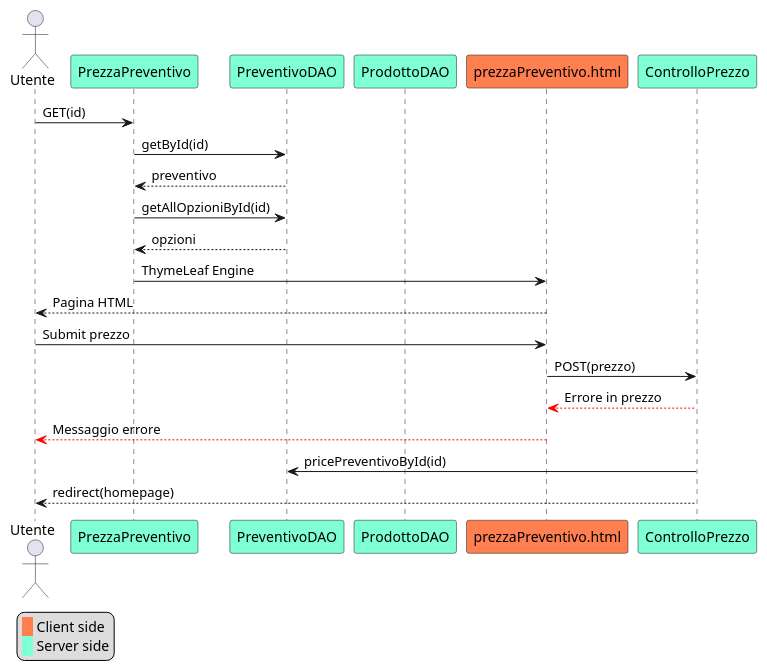
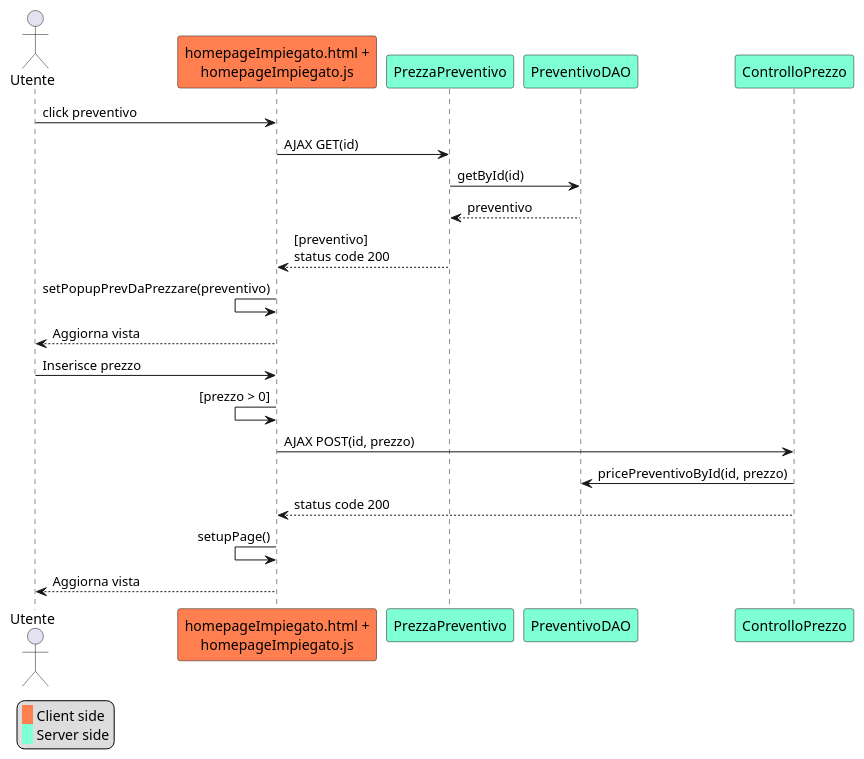
One commit to jonnysciar/TIW_Project changed the diagram in doc/sequence_diagrams/JS/prezzaPreventivoJS.puml. Above: the diagram before and after it, drawn with PlantUML. The commit also changed 8 other files, not shown here.

Commit message:
JS sequence diagram complete

```diff
--- a/doc/sequence_diagrams/JS/prezzaPreventivoJS.puml
+++ b/doc/sequence_diagrams/JS/prezzaPreventivoJS.puml
@@ -1,31 +1,31 @@
 @startuml
 legend left
  <back:#coral>   </back> Client side
  <back:#aquamarine>   </back> Server side
 endlegend
 
 actor Utente as utente
+skinparam ParticipantBackgroundColor coral
+participant "homepageImpiegato.html +\nhomepageImpiegato.js" as homepage
 skinparam ParticipantBackgroundColor aquamarine
 participant PrezzaPreventivo
 participant PreventivoDAO
-participant ProdottoDAO
-skinparam ParticipantBackgroundColor coral
-participant "prezzaPreventivo.html" as homepage
 
-utente -> PrezzaPreventivo: GET(id)
+
+utente -> homepage: click preventivo
 skinparam ParticipantBackgroundColor aquamarine
+homepage -> PrezzaPreventivo: AJAX GET(id)
 PrezzaPreventivo -> PreventivoDAO: getById(id)
 PreventivoDAO --> PrezzaPreventivo: preventivo
-PrezzaPreventivo -> PreventivoDAO: getAllOpzioniById(id)
-PreventivoDAO --> PrezzaPreventivo: opzioni
-PrezzaPreventivo -> homepage: ThymeLeaf Engine
-homepage -->utente: Pagina HTML
+PrezzaPreventivo --> homepage: [preventivo]\nstatus code 200
+homepage <- homepage: setPopupPrevDaPrezzare(preventivo)
+homepage --> utente: Aggiorna vista
 
-utente -> homepage: Submit prezzo
-homepage -> ControlloPrezzo: POST(prezzo)
-ControlloPrezzo -[#red]-> homepage: Errore in prezzo
-homepage -[#red]-> utente: Messaggio errore
-ControlloPrezzo -> PreventivoDAO: pricePreventivoById(id)
-ControlloPrezzo --> utente: redirect(homepage) 
-
+utente -> homepage: Inserisce prezzo
+homepage <- homepage: [prezzo > 0]
+homepage -> ControlloPrezzo: AJAX POST(id, prezzo)
+ControlloPrezzo -> PreventivoDAO: pricePreventivoById(id, prezzo)
+ControlloPrezzo --> homepage: status code 200
+homepage <- homepage: setupPage()
+homepage --> utente: Aggiorna vista
 @enduml
```
